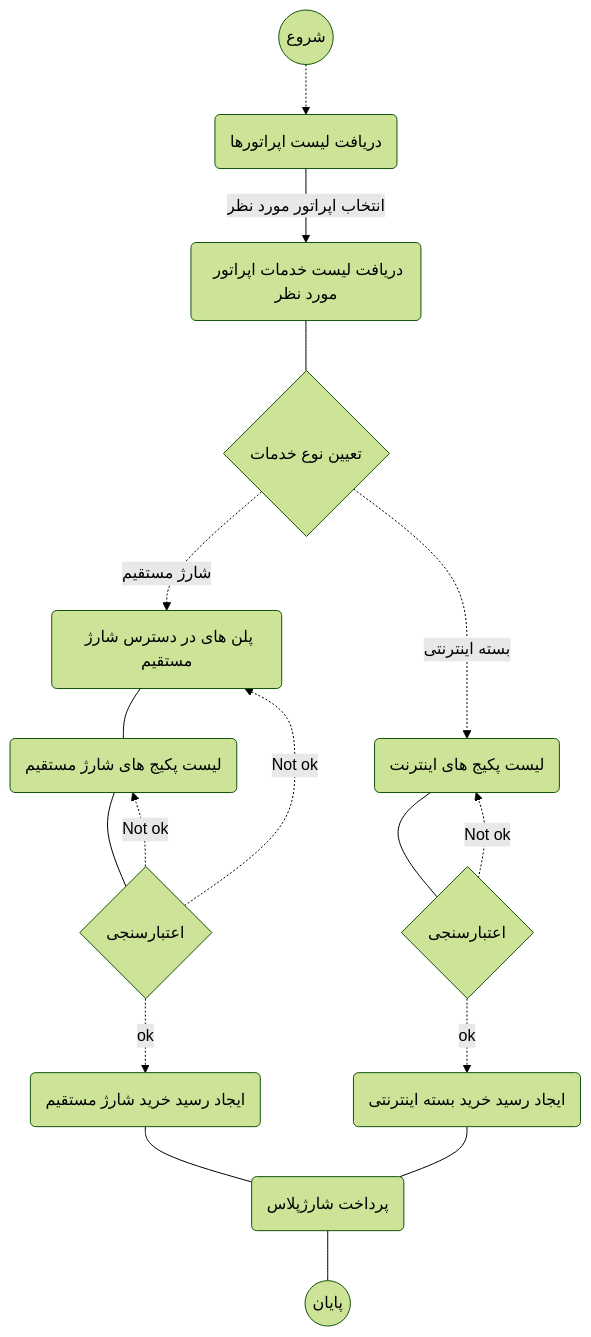
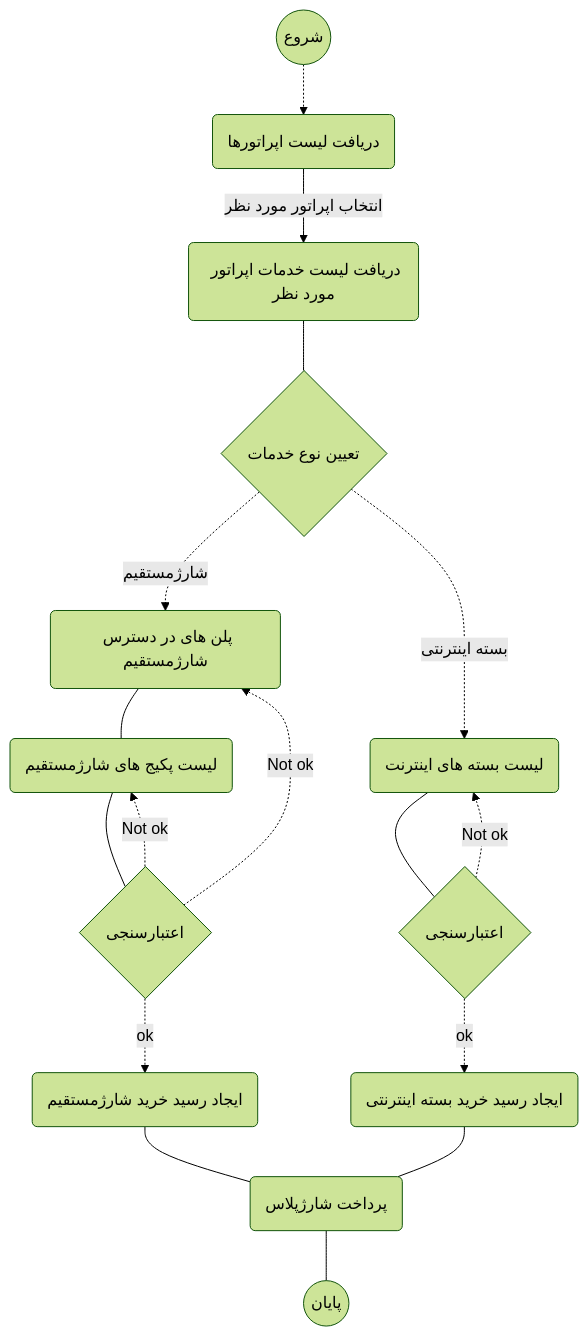
The diagram in master/شارژ.md (podiumir/docs), drawn with Mermaid (forest theme) before and after one commit. The commit also changed other lines of this file, not shown here.

```diff
--- a/master/شارژ.md
+++ b/master/شارژ.md
@@ -26,26 +28,26 @@
 <div class="mermaid">
 graph TD  
 A((شروع))  
 A-.->B  
 B(دریافت لیست اپراتورها)  
 B--> |انتخاب اپراتور مورد نظر| C
 C(دریافت لیست خدمات اپراتور مورد نظر)---D
 D{تعیین نوع خدمات}  
-D-.-> |شارژ مستقیم| M
-M(پلن های در دسترس شارژ مستقیم)---N
-N(لیست پکیج های شارژ مستقیم)---O
+D-.-> |شارژمستقیم| M
+M(پلن های در دسترس شارژمستقیم)---N
+N(لیست پکیج های شارژمستقیم)---O
 O{اعتبارسنجی}
 O-.-> |Not ok| N
 O-.-> |Not ok| M
 O-.-> |ok| P
-P(ایجاد رسید خرید شارژ مستقیم)---Q
+P(ایجاد رسید خرید شارژمستقیم)---Q
 Q(پرداخت شارژپلاس)---Z
 D-.-> |بسته اینترنتی| F
-F(لیست پکیج های اینترنت)---G 
+F(لیست بسته های اینترنت)---G 
 G{اعتبارسنجی}
 G-.-> |Not ok| F
 G-.-> |ok| H
 H(ایجاد رسید خرید بسته اینترنتی)---Q
 Z((پایان))
 
 </div>
```
